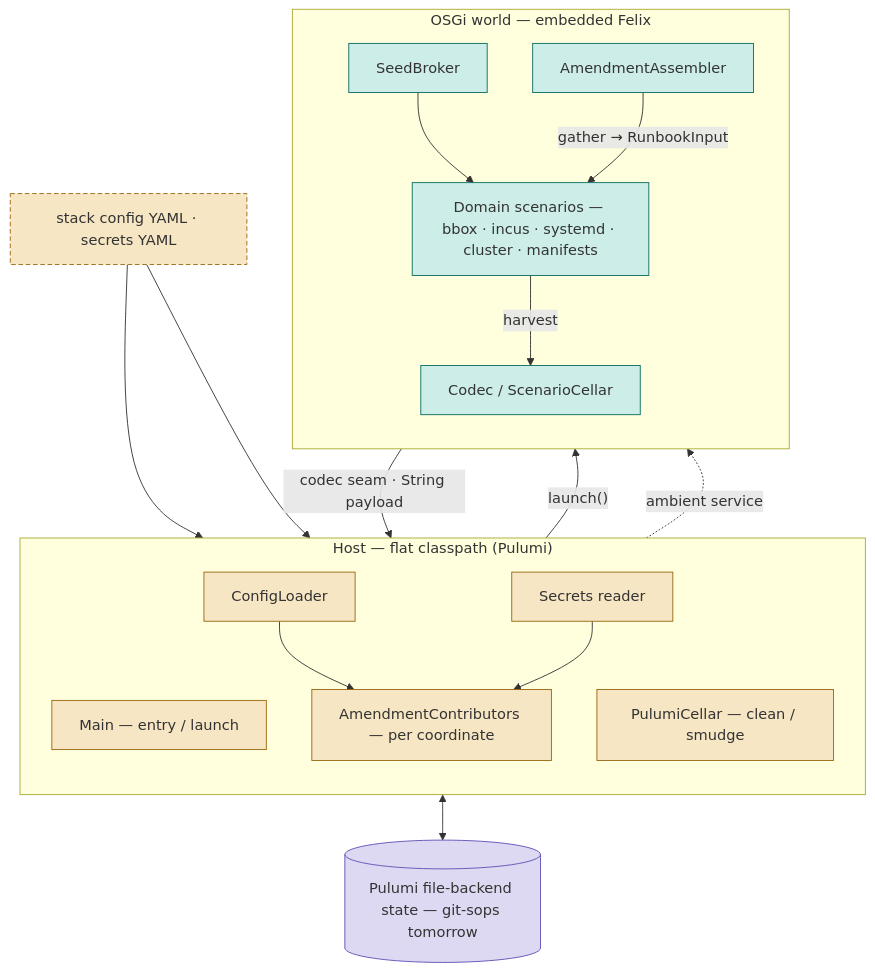
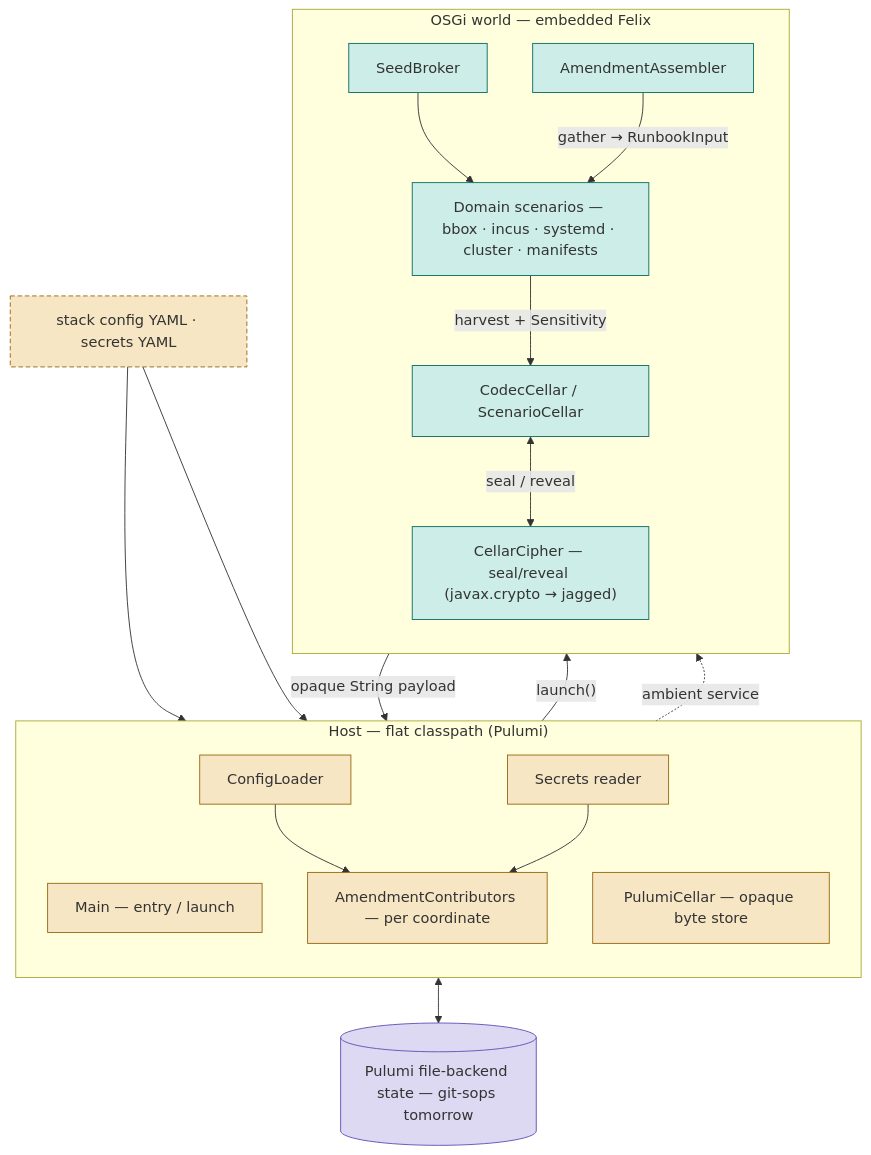
The second of 4 diagrams in docs/architecture/atlas/cellar-secrets.adoc (nxmatic/rke2lab), drawn with Mermaid before and after one commit. The commit also changed other lines of this file and 1 other file, not shown here.

First line of the commit message:
docs(atlas): rework cellar-secrets #1 — a CellarCipher seam, not a git-edge

```diff
--- a/docs/architecture/atlas/cellar-secrets.adoc
+++ b/docs/architecture/atlas/cellar-secrets.adoc
@@ -98,38 +99,40 @@
 [mermaid]
 ....
 flowchart TB
   src["stack config YAML · secrets YAML"]:::secret
   subgraph HOST["Host — flat classpath (Pulumi)"]
     direction TB
     main["Main — entry / launch"]:::host
     cfg["ConfigLoader"]:::host
     secr["Secrets reader"]:::host
     contr["AmendmentContributors — per coordinate"]:::host
-    pc["PulumiCellar — clean / smudge"]:::host
+    pc["PulumiCellar — opaque byte store"]:::host
   end
   subgraph OSGI["OSGi world — embedded Felix"]
     direction TB
     broker["SeedBroker"]:::osgi
     asm["AmendmentAssembler"]:::osgi
     doms["Domain scenarios — bbox · incus · systemd · cluster · manifests"]:::osgi
-    cc["Codec / ScenarioCellar"]:::osgi
+    cc["CodecCellar / ScenarioCellar"]:::osgi
+    cipher["CellarCipher — seal/reveal (javax.crypto → jagged)"]:::osgi
   end
   backend[("Pulumi file-backend state — git-sops tomorrow")]:::cellar
 
   src --> cfg
   src --> secr
   cfg --> contr
   secr --> contr
   main -->|"launch()"| broker
   contr -.->|"ambient service"| asm
   broker --> doms
   asm -->|"gather → RunbookInput"| doms
-  doms -->|"harvest"| cc
-  cc -->|"codec seam · String payload"| pc
+  doms -->|"harvest + Sensitivity"| cc
+  cc <-->|"seal / reveal"| cipher
+  cc -->|"opaque String payload"| pc
   pc <--> backend
 
   classDef host fill:#f6e6c4,stroke:#9a6710;
   classDef osgi fill:#cdeee8,stroke:#0b6b62;
   classDef secret fill:#f6e6c4,stroke:#9a6710,stroke-dasharray:5 3;
   classDef cellar fill:#ddd9f2,stroke:#5b52b8;
 ....
```
